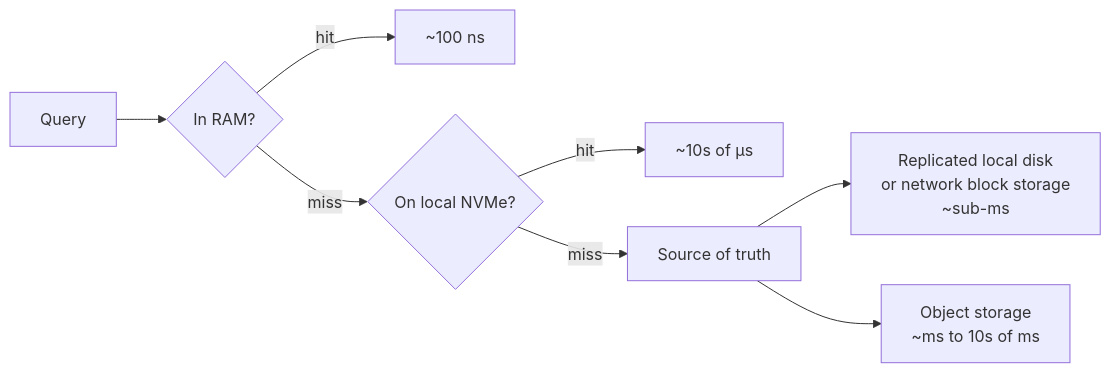
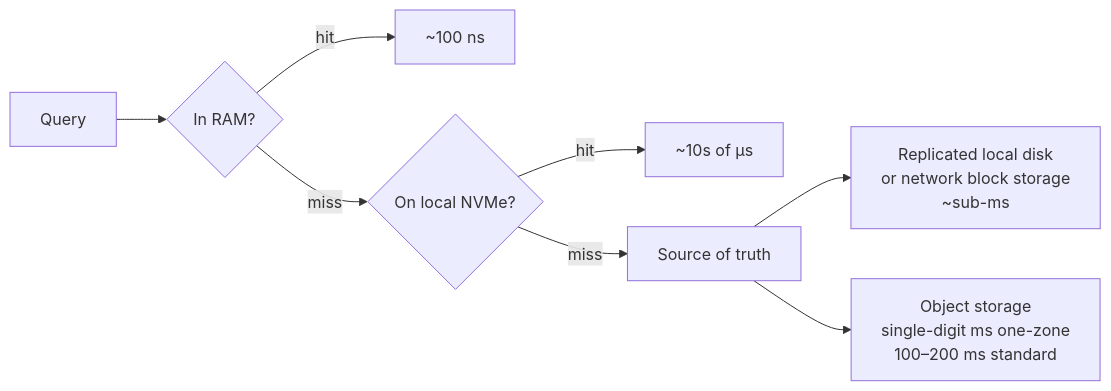
Before and after one commit to Platformatory/blog: the first of 2 diagrams in _posts/2026-11-17-where-should-your-data-live.md, drawn with Mermaid. The commit also changed other lines of this file and 5 other files, not shown here.

```diff
--- a/_posts/2026-11-17-where-should-your-data-live.md
+++ b/_posts/2026-11-17-where-should-your-data-live.md
@@ -37,10 +63,10 @@
 <div class="mermaid" style="display:flex; justify-content:center">
 flowchart LR
     Q[Query] --> RAM{In RAM?}
     RAM -- hit --> A1[~100 ns]
     RAM -- miss --> NVME{On local NVMe?}
     NVME -- hit --> A2[~10s of µs]
     NVME -- miss --> SRC[Source of truth]
     SRC --> L[Replicated local disk<br/>or network block storage<br/>~sub-ms]
-    SRC --> O[Object storage<br/>~ms to 10s of ms]
+    SRC --> O[Object storage<br/>single-digit ms one-zone<br/>100–200 ms standard]
 </div>
```
